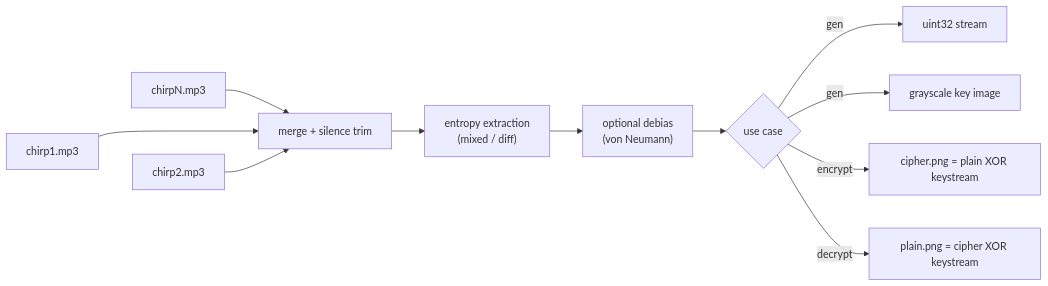
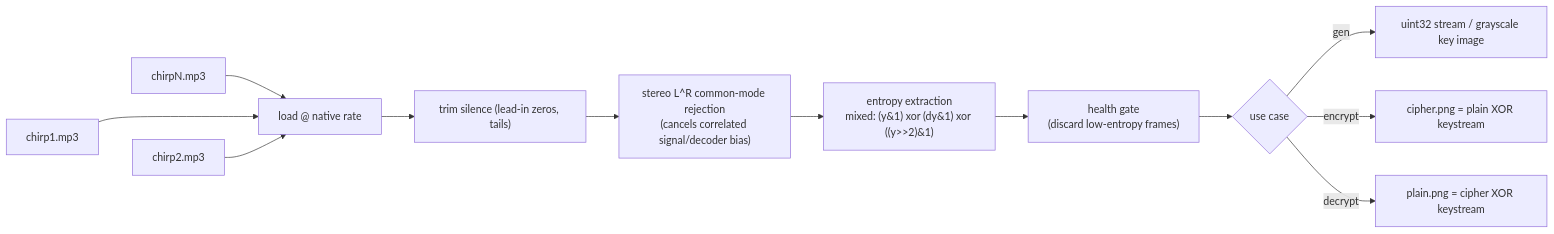
One commit to amorfati3735/audio-trng changed the diagram in README.md. Above: the diagram before and after it, drawn with Mermaid. The commit also changed other lines of this file and 1 other file, not shown here.

Commit message:
gate defaults 16384/1.0 + README rewrite for common-mode rejection

````diff
--- a/README.md
+++ b/README.md
@@ -13,14 +15,15 @@
 ```mermaid
 flowchart LR
     A[chirp1.mp3] ~~~ B[chirp2.mp3]
-    C[chirpN.mp3] --> M[merge + silence trim]
-    A --> M
-    B --> M
-    M --> D["entropy extraction<br/>(mixed / diff)"]
-    D --> E["optional debias<br/>(von Neumann)"]
-    E --> F{use case}
-    F -->|gen| G[uint32 stream]
-    F -->|gen| H[grayscale key image]
+    C[chirpN.mp3] --> S[load @ native rate]
+    A --> S
+    B --> S
+    S --> T["trim silence (lead-in zeros, tails)"]
+    T --> X["stereo L^R common-mode rejection<br/>(cancels correlated signal/decoder bias)"]
+    X --> D["entropy extraction<br/>mixed: (y&1) xor (dy&1) xor ((y>>2)&1)"]
+    D --> G["health gate<br/>(discard low-entropy frames)"]
+    G --> F{use case}
+    F -->|gen| H[uint32 stream / grayscale key image]
     F -->|encrypt| I["cipher.png = plain XOR keystream"]
     F -->|decrypt| J["plain.png = cipher XOR keystream"]
 ```
````
